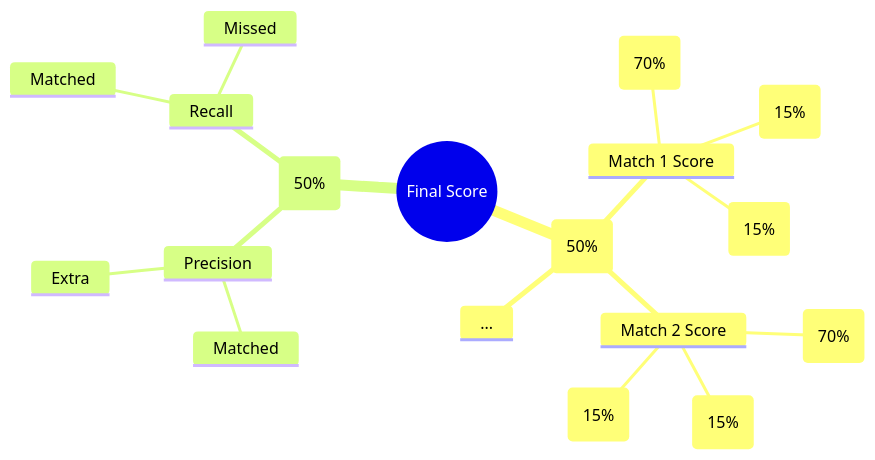
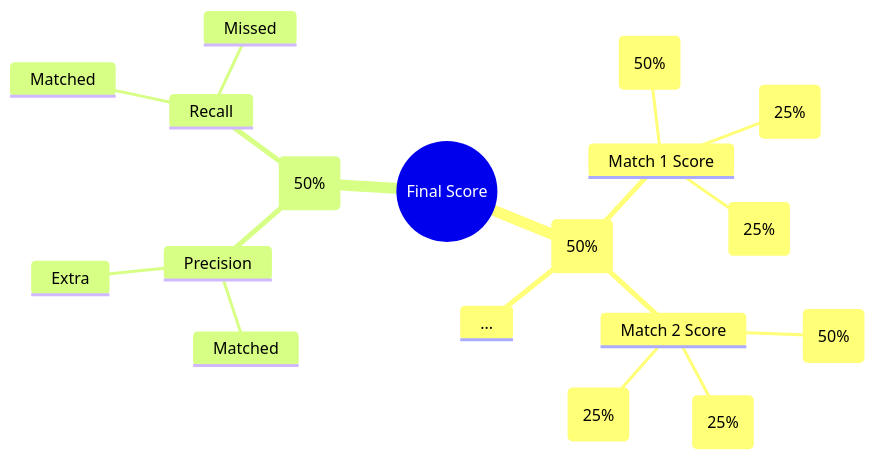
The second of 2 diagrams in src/scoreplan.md (SKY-AK05/Annotation_check), drawn with Mermaid before and after one commit. The commit also changed other lines of this file, not shown here.

````diff
--- a/src/scoreplan.md
+++ b/src/scoreplan.md
@@ -220,21 +222,21 @@
 ```mermaid
 mindmap
   root((Final Score))
     Average Match Quality (50%)
       Match 1 Score
-        IoU (70%)
-        Label (15%)
-        Attributes (15%)
+        IoU (50%)
+        Label (25%)
+        Attributes (25%)
       Match 2 Score
-        IoU (70%)
-        Label (15%)
-        Attributes (15%)
+        IoU (50%)
+        Label (25%)
+        Attributes (25%)
       ...
     F-beta Score (50%)
       Precision
         Matched
         Extra
       Recall
         Matched
         Missed
 ```
````
